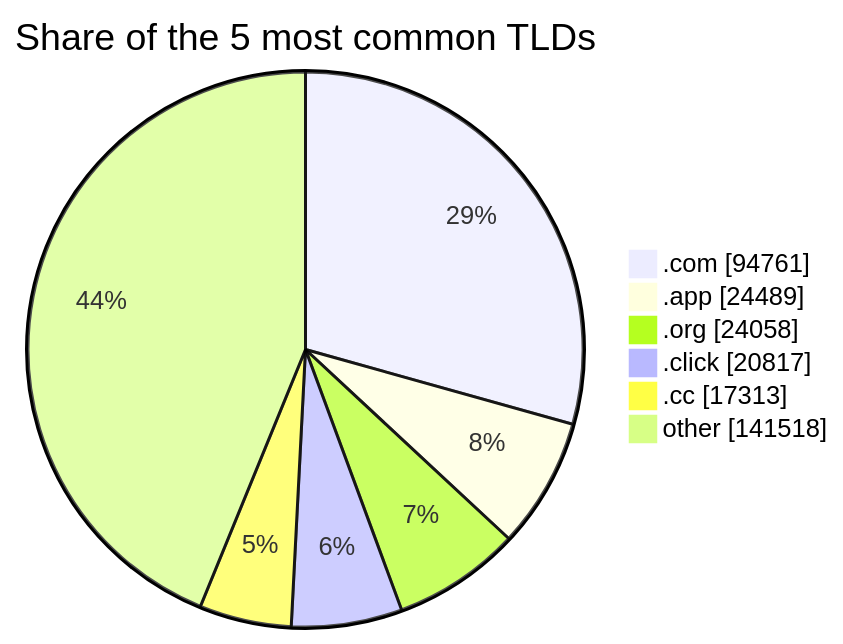
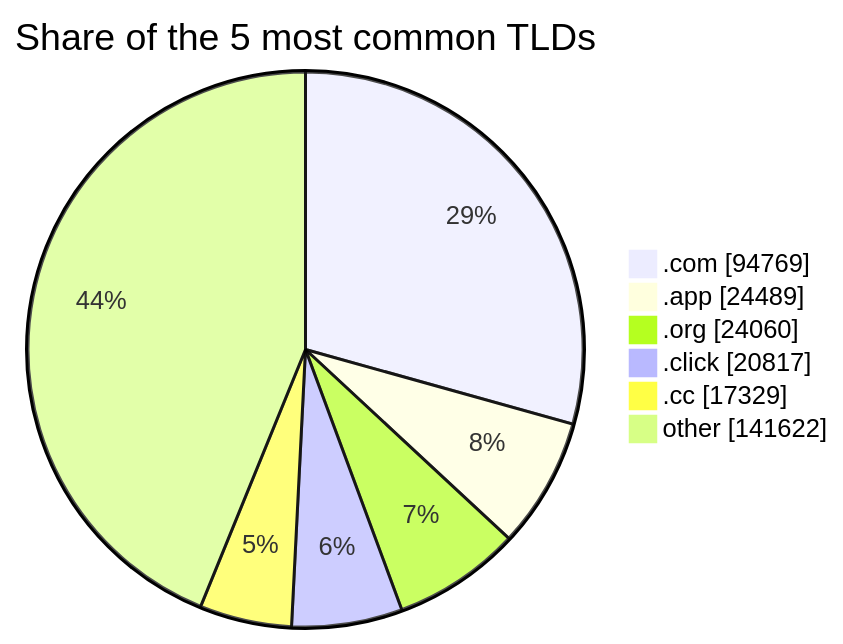
The third of 3 diagrams in README.md (DNSBunker/CTI), drawn with Mermaid before and after one commit. The commit also changed other lines of this file and 3 other files, not shown here.

````diff
--- a/README.md
+++ b/README.md
@@ -81,9 +81,9 @@
 ```mermaid
 pie showData title Share of the 5 most common TLDs
-    ".com" : 94761
+    ".com" : 94769
     ".app" : 24489
-    ".org" : 24058
+    ".org" : 24060
     ".click" : 20817
-    ".cc" : 17313
-    "other" : 141518
+    ".cc" : 17329
+    "other" : 141622
 ```
````
